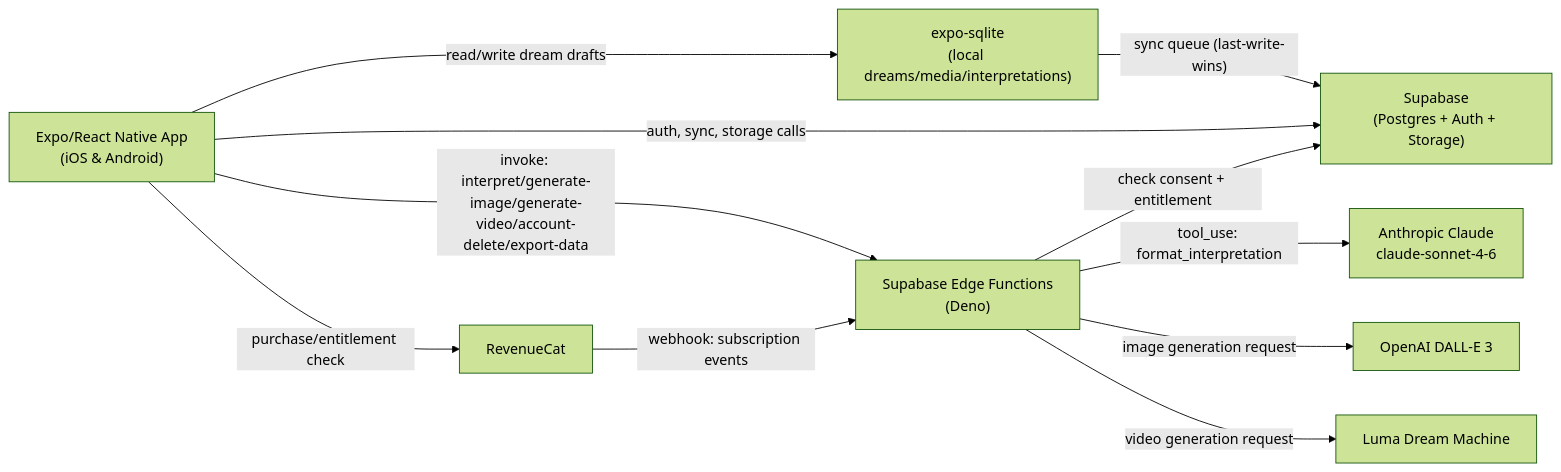
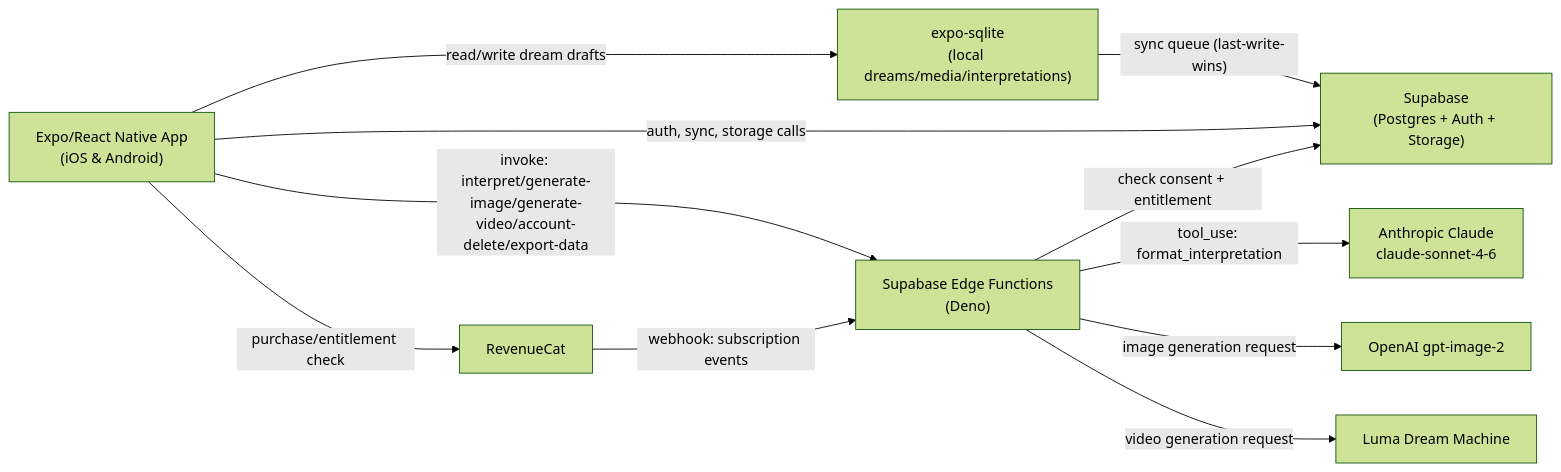
The first of 2 diagrams in PROJECT_OVERVIEW.md (Pokka974/Morpheo2), drawn with Mermaid (forest theme) before and after one commit. The commit also changed other lines of this file and 15 other files, not shown here.

First line of the commit message:
fix: migrate image generation from dall-e-3 to gpt-image-2

````diff
--- a/PROJECT_OVERVIEW.md
+++ b/PROJECT_OVERVIEW.md
@@ -123,22 +123,22 @@
 ```mermaid
 flowchart LR
     App["Expo/React Native App\n(iOS & Android)"]
     SQLite["expo-sqlite\n(local dreams/media/interpretations)"]
     Supabase["Supabase\n(Postgres + Auth + Storage)"]
     Edge["Supabase Edge Functions\n(Deno)"]
     Claude["Anthropic Claude\nclaude-sonnet-4-6"]
-    DallE["OpenAI DALL-E 3"]
+    ImgGen["OpenAI gpt-image-2"]
     Luma["Luma Dream Machine"]
     RC["RevenueCat"]
 
     App -- "read/write dream drafts" --> SQLite
     SQLite -- "sync queue (last-write-wins)" --> Supabase
     App -- "auth, sync, storage calls" --> Supabase
     App -- "invoke: interpret/generate-image/generate-video/account-delete/export-data" --> Edge
     Edge -- "check consent + entitlement" --> Supabase
     Edge -- "tool_use: format_interpretation" --> Claude
-    Edge -- "image generation request" --> DallE
+    Edge -- "image generation request" --> ImgGen
     Edge -- "video generation request" --> Luma
     App -- "purchase/entitlement check" --> RC
     RC -- "webhook: subscription events" --> Edge
 ```
````
